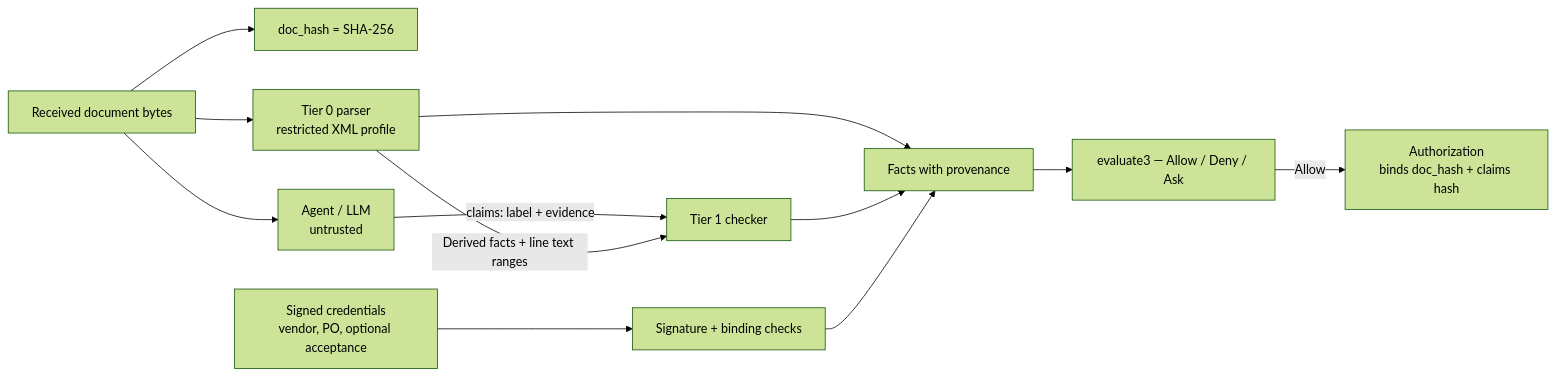
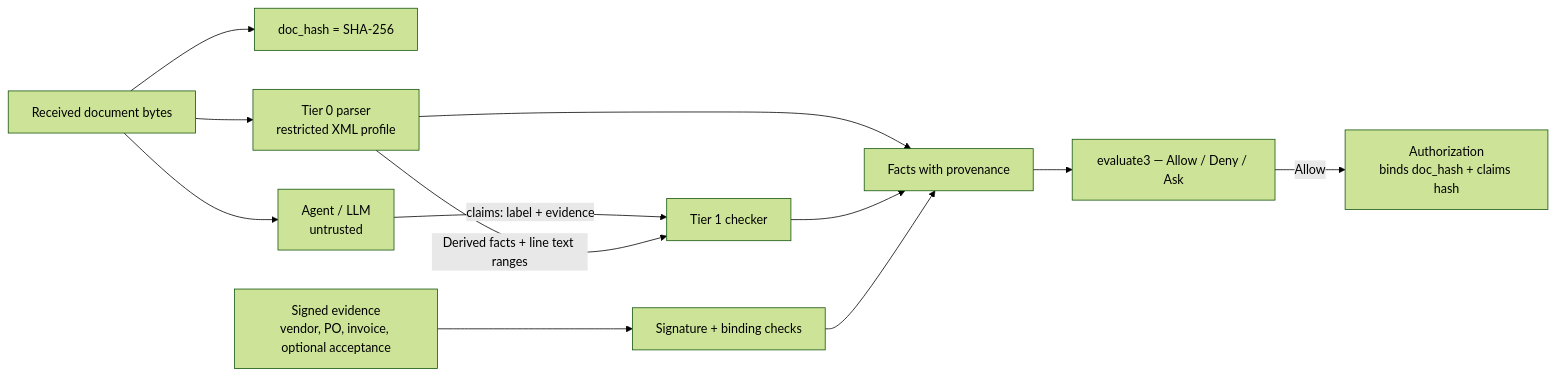
One commit to mnemonik-xyz/policy-execution changed the diagram in evidence-checker.md. Above: the diagram before and after it, drawn with Mermaid (forest theme). The commit also changed other lines of this file and 22 other files, not shown here.

````diff
--- a/evidence-checker.md
+++ b/evidence-checker.md
@@ -51,14 +52,14 @@
 ```mermaid
 flowchart LR
   D[Received document bytes] --> H[doc_hash = SHA-256]
   D --> P[Tier 0 parser<br/>restricted XML profile]
   D --> A[Agent / LLM<br/>untrusted]
   A -- "claims: label + evidence" --> C[Tier 1 checker]
   P -- "Derived facts + line text ranges" --> C
-  S[Signed credentials<br/>vendor, PO, optional acceptance] --> V[Signature + binding checks]
+  S[Signed evidence<br/>vendor, PO, invoice, optional acceptance] --> V[Signature + binding checks]
   P --> F[Facts with provenance]
   C --> F
   V --> F
   F --> E[evaluate3 — Allow / Deny / Ask]
   E -- Allow --> Z[Authorization<br/>binds doc_hash + claims hash]
 ```
````
